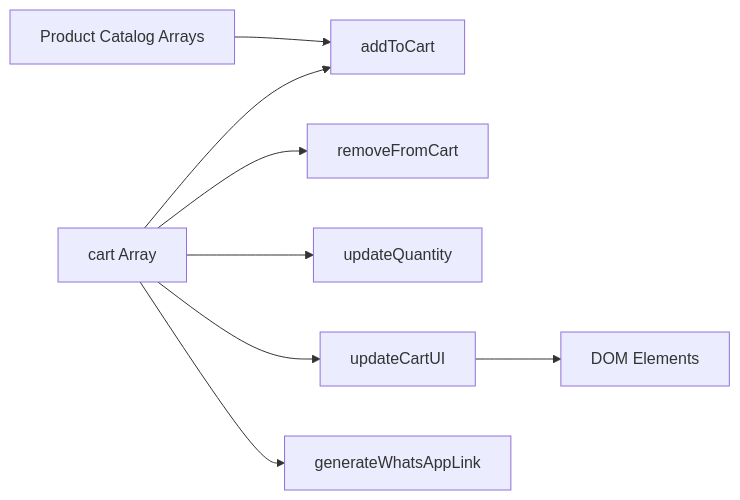
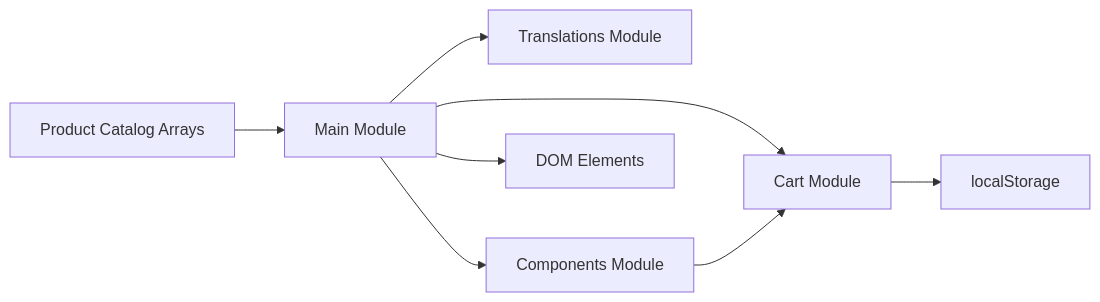
Before and after one commit to queenflowerhk/queenflowerhk.github.io: the seventh of 7 diagrams in .qoder/repowiki/en/content/User Interface Components/Interactive Elements/Shopping Cart Sidebar/Cart State Management.md, drawn with Mermaid. The commit also changed other lines of this file and 36 other files, not shown here.

````diff
--- a/.qoder/repowiki/en/content/User Interface Components/Interactive Elements/Shopping Cart Sidebar/Cart State Management.md
+++ b/.qoder/repowiki/en/content/User Interface Components/Interactive Elements/Shopping Cart Sidebar/Cart State Management.md
@@ -321,10 +355,10 @@
 ```mermaid
 graph LR
-CAT["Product Catalog Arrays"] --> ADD["addToCart"]
-CART["cart Array"] --> ADD
-CART --> REMOVE["removeFromCart"]
-CART --> UPDATEQ["updateQuantity"]
-CART --> UIUPD["updateCartUI"]
-CART --> WA["generateWhatsAppLink"]
-UIUPD --> DOM["DOM Elements"]
+CAT["Product Catalog Arrays"] --> MAIN["Main Module"]
+MAIN --> CART["Cart Module"]
+MAIN --> TRANS["Translations Module"]
+MAIN --> COMP["Components Module"]
+CART --> LOCAL["localStorage"]
+COMP --> CART
+MAIN --> DOM["DOM Elements"]
 ```
````
